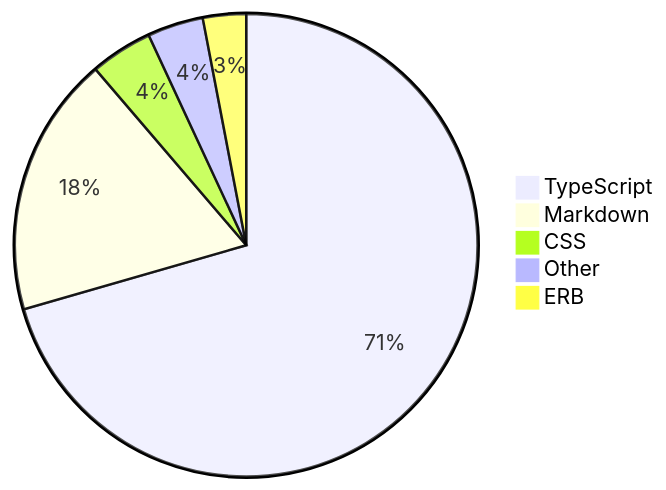
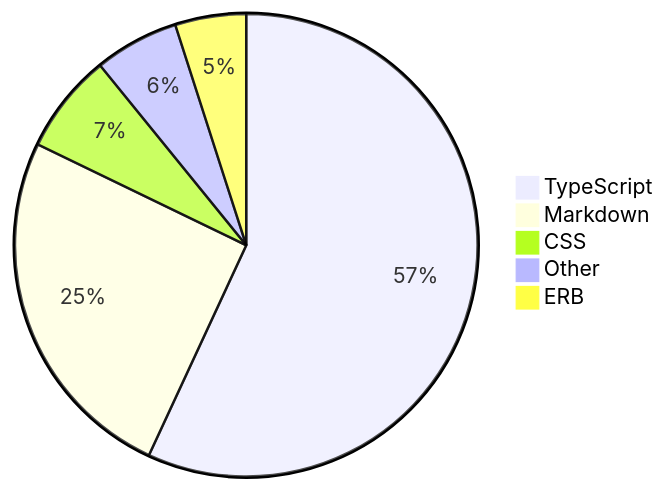
The diagram in README.md (skvggor/skvggor), drawn with Mermaid before and after one commit.

Commit message:
Updated waka-readme graph with new metrics

````diff
--- a/README.md
+++ b/README.md
@@ -40,8 +40,8 @@
 ```mermaid
 pie
-    "TypeScript" : 63.2
-    "Markdown" : 16.3
-    "CSS" : 3.9
-    "Other" : 3.5
-    "ERB" : 2.7
+    "TypeScript" : 48.2
+    "Markdown" : 21.4
+    "CSS" : 5.9
+    "Other" : 5.0
+    "ERB" : 4.2
 ```
````
